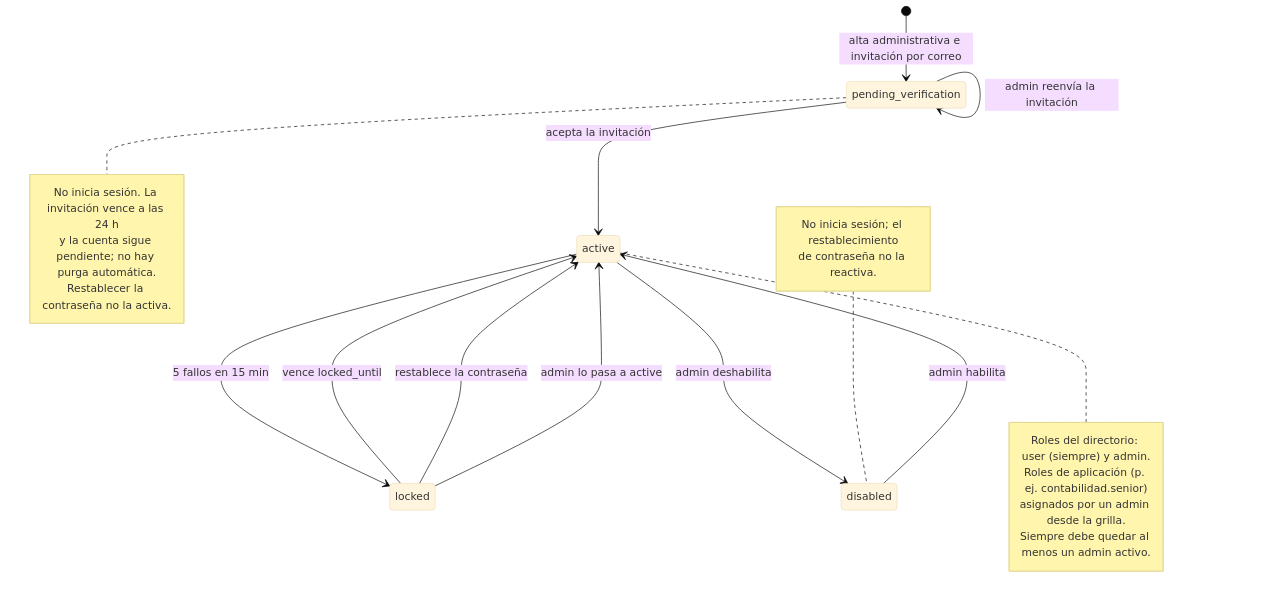
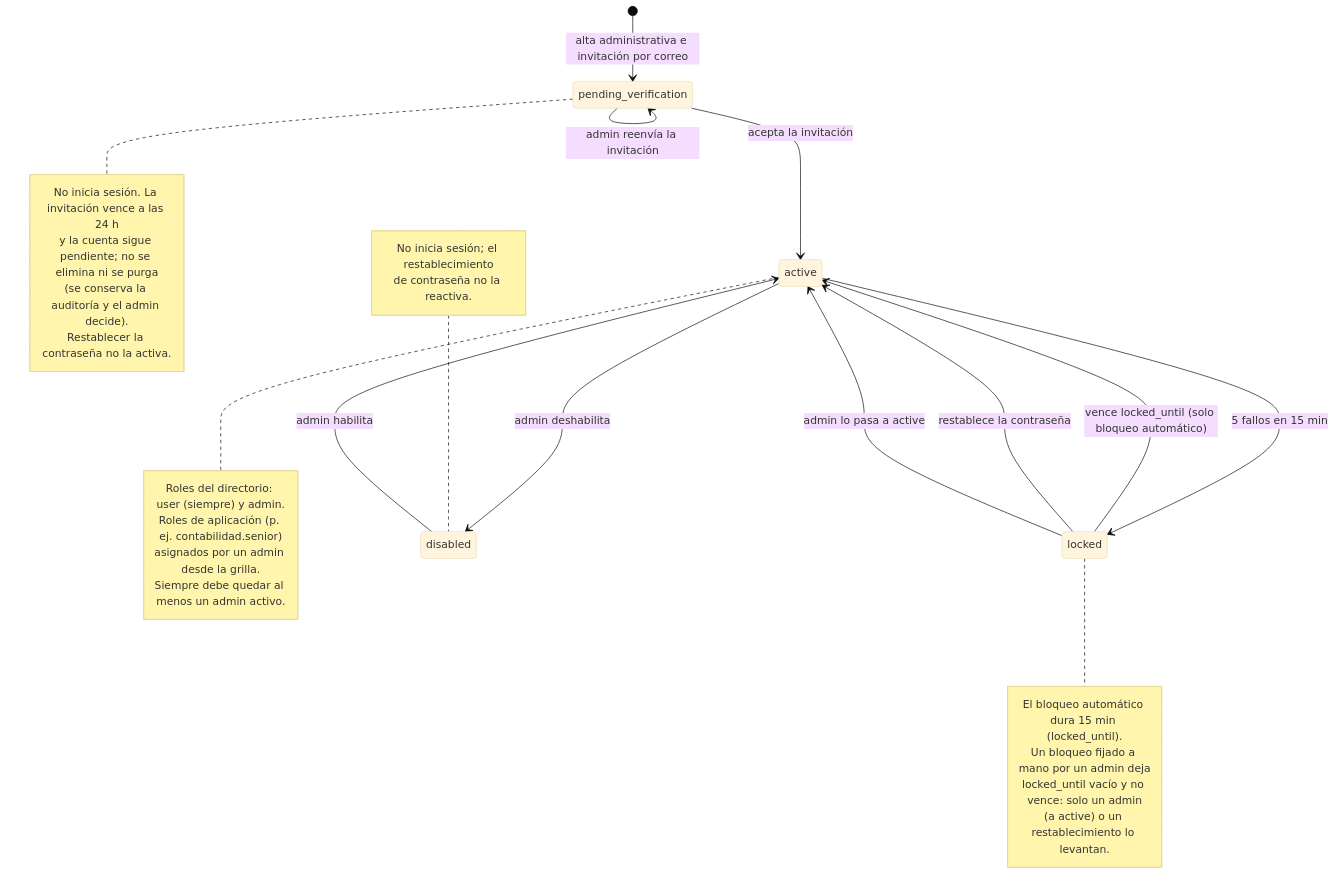
One commit to jorgepaez-ops/IdentityHub changed the diagram in docs/diagramas/uml/estados-usuario.md. Above: the diagram before and after it, drawn with Mermaid (base theme). The commit also changed other lines of this file and 4 other files, not shown here.

````diff
--- a/docs/diagramas/uml/estados-usuario.md
+++ b/docs/diagramas/uml/estados-usuario.md
@@ -5,33 +5,41 @@
 ```mermaid
 stateDiagram-v2
     [*] --> pending_verification: alta administrativa e invitación por correo
 
     pending_verification --> pending_verification: admin reenvía la invitación
     pending_verification --> active: acepta la invitación
 
     active --> locked: 5 fallos en 15 min
-    locked --> active: vence locked_until
+    locked --> active: vence locked_until (solo bloqueo automático)
     locked --> active: restablece la contraseña
     locked --> active: admin lo pasa a active
 
     active --> disabled: admin deshabilita
     disabled --> active: admin habilita
 
     note right of pending_verification
         No inicia sesión. La invitación vence a las 24 h
-        y la cuenta sigue pendiente; no hay purga automática.
+        y la cuenta sigue pendiente; no se elimina ni se purga
+        (se conserva la auditoría y el admin decide).
         Restablecer la contraseña no la activa.
+    end note
+
+    note right of locked
+        El bloqueo automático dura 15 min (locked_until).
+        Un bloqueo fijado a mano por un admin deja
+        locked_until vacío y no vence: solo un admin
+        (a active) o un restablecimiento lo levantan.
     end note
 
     note right of active
         Roles del directorio: user (siempre) y admin.
         Roles de aplicación (p. ej. contabilidad.senior)
         asignados por un admin desde la grilla.
         Siempre debe quedar al menos un admin activo.
     end note
 
     note left of disabled
         No inicia sesión; el restablecimiento
         de contraseña no la reactiva.
     end note
 ```
````
